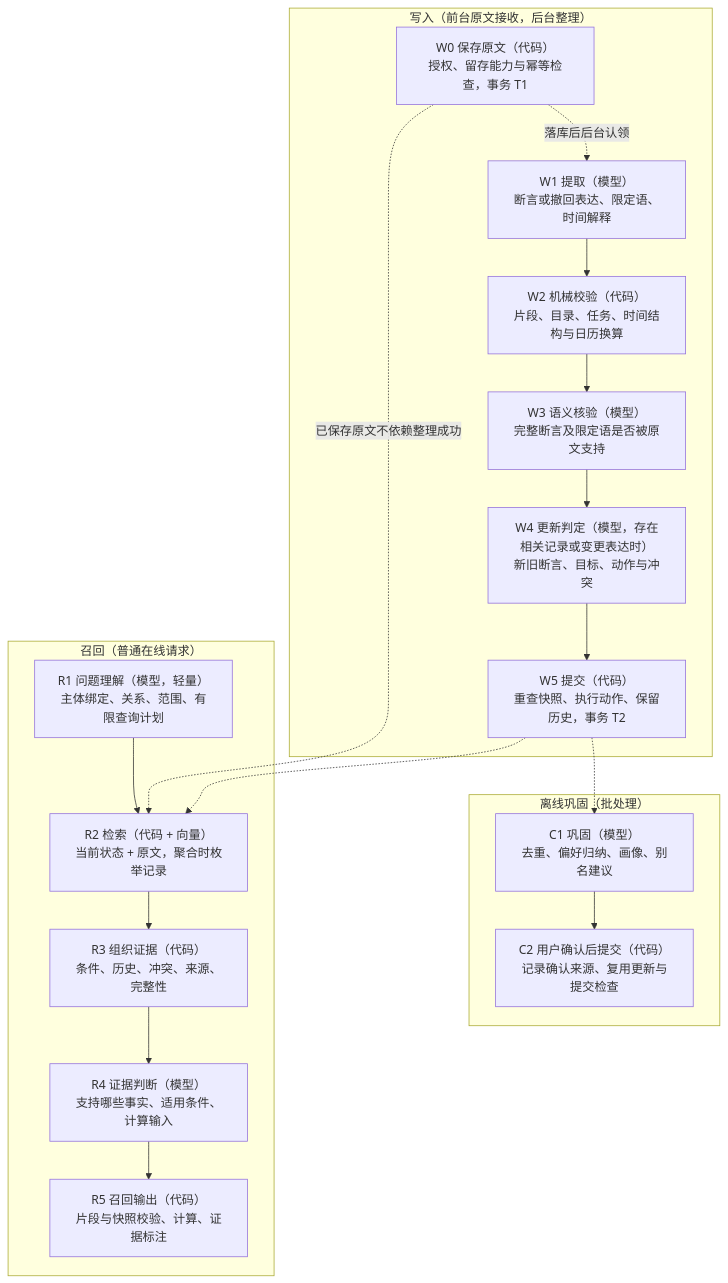
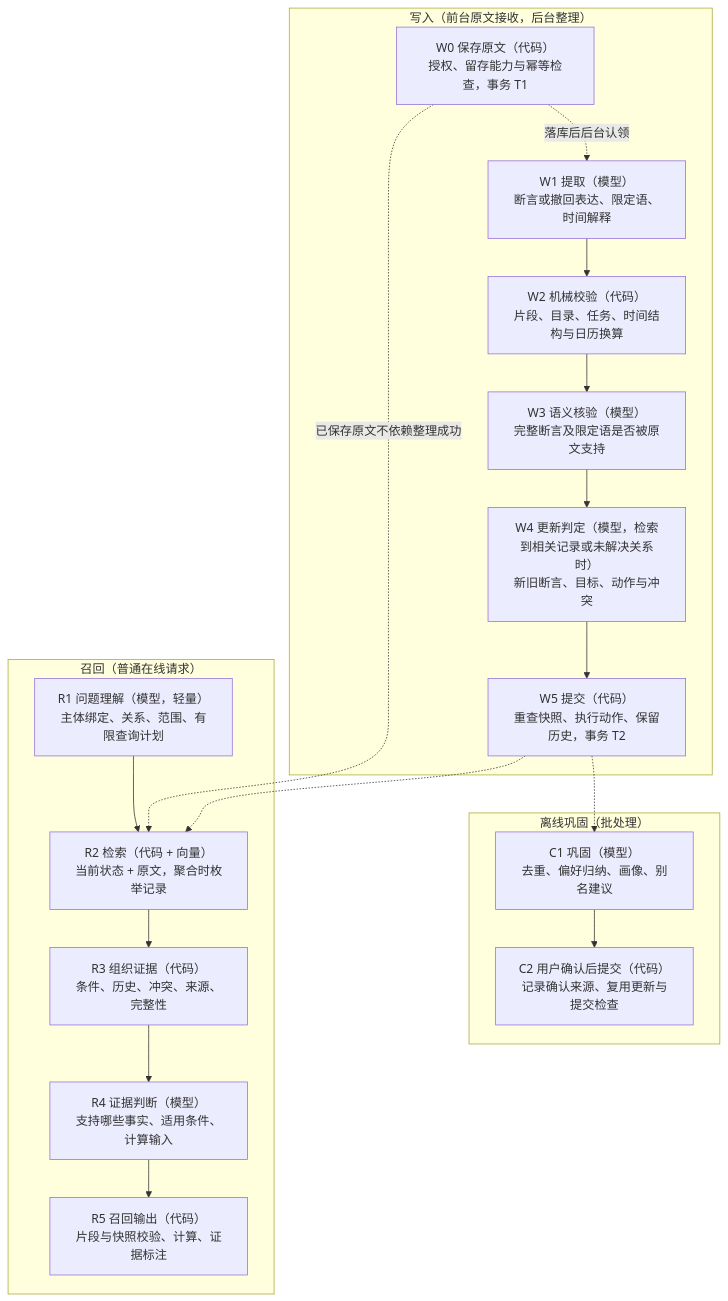
Before and after one commit to xyz2b/hippocampus: the diagram in docs/architecture/target-design.md, drawn with Mermaid. The commit also changed other lines of this file and 2 other files, not shown here.

````diff
--- a/docs/architecture/target-design.md
+++ b/docs/architecture/target-design.md
@@ -19,22 +21,22 @@
 ```mermaid
 flowchart TD
     subgraph W["写入（前台原文接收，后台整理）"]
         W0["W0 保存原文（代码）<br/>授权、留存能力与幂等检查，事务 T1"] -. "落库后后台认领" .-> W1["W1 提取（模型）<br/>断言或撤回表达、限定语、时间解释"]
         W1 --> W2["W2 机械校验（代码）<br/>片段、目录、任务、时间结构与日历换算"]
         W2 --> W3["W3 语义核验（模型）<br/>完整断言及限定语是否被原文支持"]
-        W3 --> W4["W4 更新判定（模型，存在相关记录或变更表达时）<br/>新旧断言、目标、动作与冲突"]
+        W3 --> W4["W4 更新判定（模型，检索到相关记录或未解决关系时）<br/>新旧断言、目标、动作与冲突"]
         W4 --> W5["W5 提交（代码）<br/>重查快照、执行动作、保留历史，事务 T2"]
     end
     subgraph C["离线巩固（批处理）"]
         C1["C1 巩固（模型）<br/>去重、偏好归纳、画像、别名建议"] --> C2["C2 用户确认后提交（代码）<br/>记录确认来源、复用更新与提交检查"]
     end
     subgraph R["召回（普通在线请求）"]
         R1["R1 问题理解（模型，轻量）<br/>主体绑定、关系、范围、有限查询计划"] --> R2["R2 检索（代码 + 向量）<br/>当前状态 + 原文，聚合时枚举记录"]
         R2 --> R3["R3 组织证据（代码）<br/>条件、历史、冲突、来源、完整性"]
         R3 --> R4["R4 证据判断（模型）<br/>支持哪些事实、适用条件、计算输入"]
         R4 --> R5["R5 召回输出（代码）<br/>片段与快照校验、计算、证据标注"]
     end
     W0 -. "已保存原文不依赖整理成功" .-> R2
     W5 -.-> R2
     W5 -.-> C1
 ```
````
